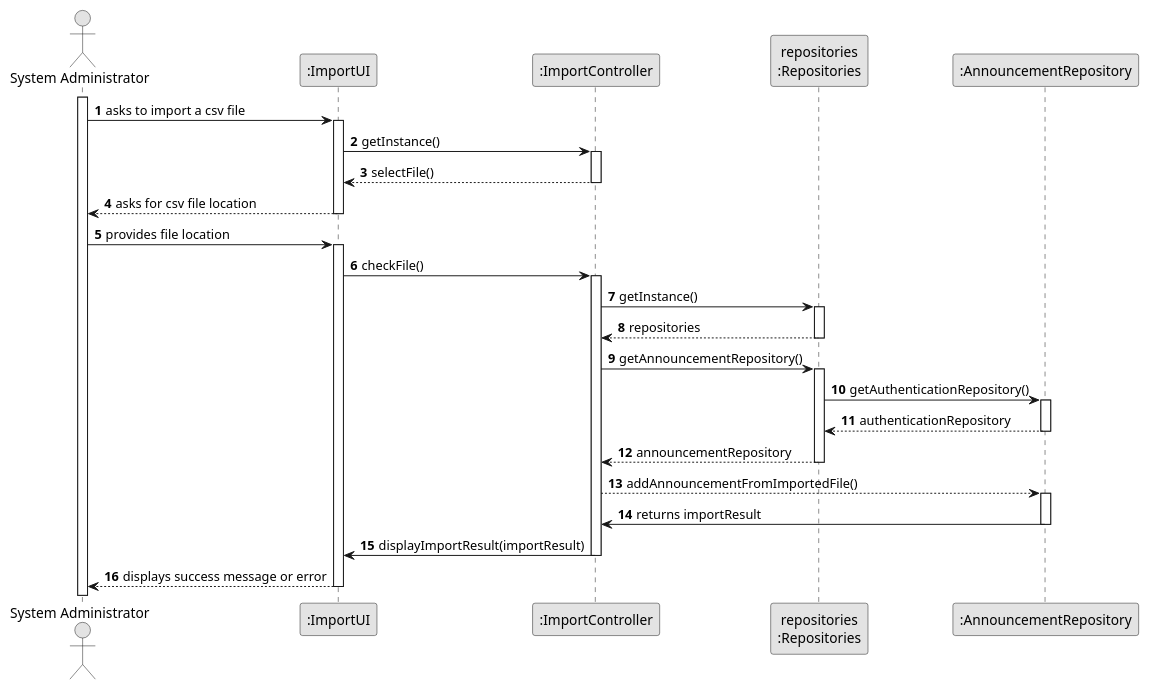
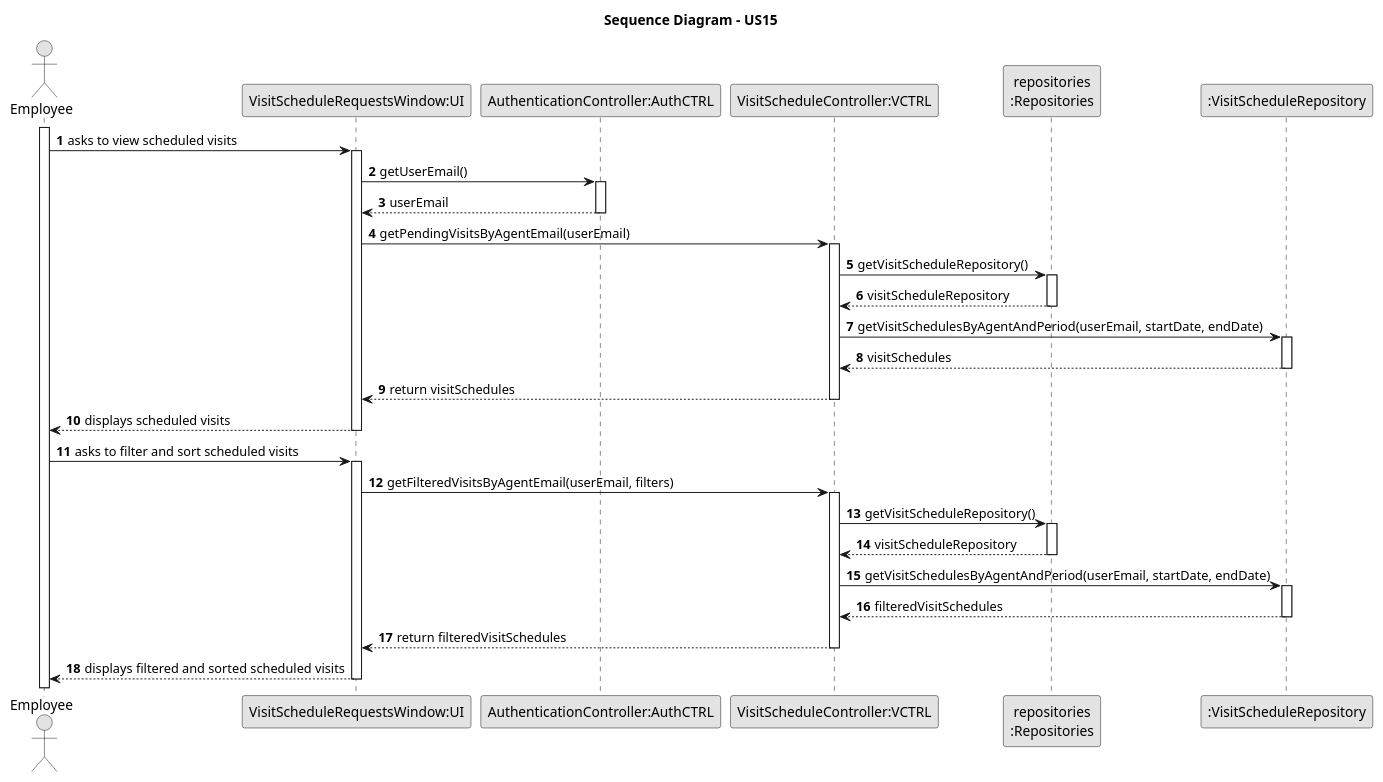
The diagram in docs/sprintD/us015/03.design/puml/us015-sequence-diagram-full.puml (Goncalves2525/real-estate-management-system), drawn with PlantUML before and after one commit. The commit also changed 59 other files, not shown here.

```diff
--- a/docs/sprintD/us015/03.design/puml/us015-sequence-diagram-full.puml
+++ b/docs/sprintD/us015/03.design/puml/us015-sequence-diagram-full.puml
@@ -1,71 +1,74 @@
 @startuml
 skinparam monochrome true
 skinparam packageStyle rectangle
 skinparam shadowing false
 
 autonumber
 
-actor "System Administrator" as Admin
-participant ":ImportUI" as UI
-participant ":ImportController" as CTRL
-participant "repositories\n:Repositories" as REPO
-participant ":AnnouncementRepository" as ANNREPO
+title Sequence Diagram - US15
 
 
-    activate Admin
+actor "Employee" as Employee
+participant "VisitScheduleRequestsWindow:UI" as UI
+participant "AuthenticationController:AuthCTRL" as AuthCTRL
+participant "VisitScheduleController:VCTRL" as VCTRL
+participant "repositories\n:Repositories" as REPO
+participant ":VisitScheduleRepository" as VSREPO
 
-    Admin -> UI : asks to import a csv file
-    activate UI
+activate Employee
 
-    UI -> CTRL: getInstance()
-    activate CTRL
+Employee -> UI : asks to view scheduled visits
+activate UI
 
-'    CTRL -> UI : importController
-'    activate REPO
+UI -> AuthCTRL: getUserEmail()
+activate AuthCTRL
 
-'    UI -> CTRL : selectFile()
-'    activate CTRL
+AuthCTRL --> UI : userEmail
+deactivate AuthCTRL
 
-    CTRL --> UI : selectFile()
-    deactivate CTRL
+UI -> VCTRL: getPendingVisitsByAgentEmail(userEmail)
+activate VCTRL
 
-    UI --> Admin : asks for csv file location
-    deactivate UI
+VCTRL -> REPO : getVisitScheduleRepository()
+activate REPO
 
-    Admin -> UI : provides file location
-    activate UI
+REPO --> VCTRL: visitScheduleRepository
+deactivate REPO
 
-    UI -> CTRL : checkFile()
-    activate CTRL
+VCTRL -> VSREPO : getVisitSchedulesByAgentAndPeriod(userEmail, startDate, endDate)
+activate VSREPO
 
-    CTRL -> REPO : getInstance()
-    activate REPO
+VSREPO --> VCTRL: visitSchedules
+deactivate VSREPO
 
-    REPO --> CTRL: repositories
-    deactivate REPO
+VCTRL --> UI : return visitSchedules
+deactivate VCTRL
 
-    CTRL -> REPO : getAnnouncementRepository()
-    activate REPO
+UI --> Employee : displays scheduled visits
+deactivate UI
 
-    REPO -> ANNREPO : getAuthenticationRepository()
-    activate ANNREPO
+Employee -> UI : asks to filter and sort scheduled visits
+activate UI
 
-    ANNREPO --> REPO: authenticationRepository
-    deactivate ANNREPO
+UI -> VCTRL: getFilteredVisitsByAgentEmail(userEmail, filters)
+activate VCTRL
 
-    REPO --> CTRL: announcementRepository
-    deactivate REPO
+VCTRL -> REPO : getVisitScheduleRepository()
+activate REPO
 
-    CTRL --> ANNREPO: addAnnouncementFromImportedFile()
-    activate ANNREPO
+REPO --> VCTRL: visitScheduleRepository
+deactivate REPO
 
-    ANNREPO -> CTRL : returns importResult
-    deactivate ANNREPO
+VCTRL -> VSREPO : getVisitSchedulesByAgentAndPeriod(userEmail, startDate, endDate)
+activate VSREPO
 
-    CTRL -> UI : displayImportResult(importResult)
-    deactivate CTRL
+VSREPO --> VCTRL: filteredVisitSchedules
+deactivate VSREPO
 
-    UI --> Admin : displays success message or error
-    deactivate UI
+VCTRL --> UI : return filteredVisitSchedules
+deactivate VCTRL
+
+UI --> Employee : displays filtered and sorted scheduled visits
+deactivate UI
 
 @enduml
```
